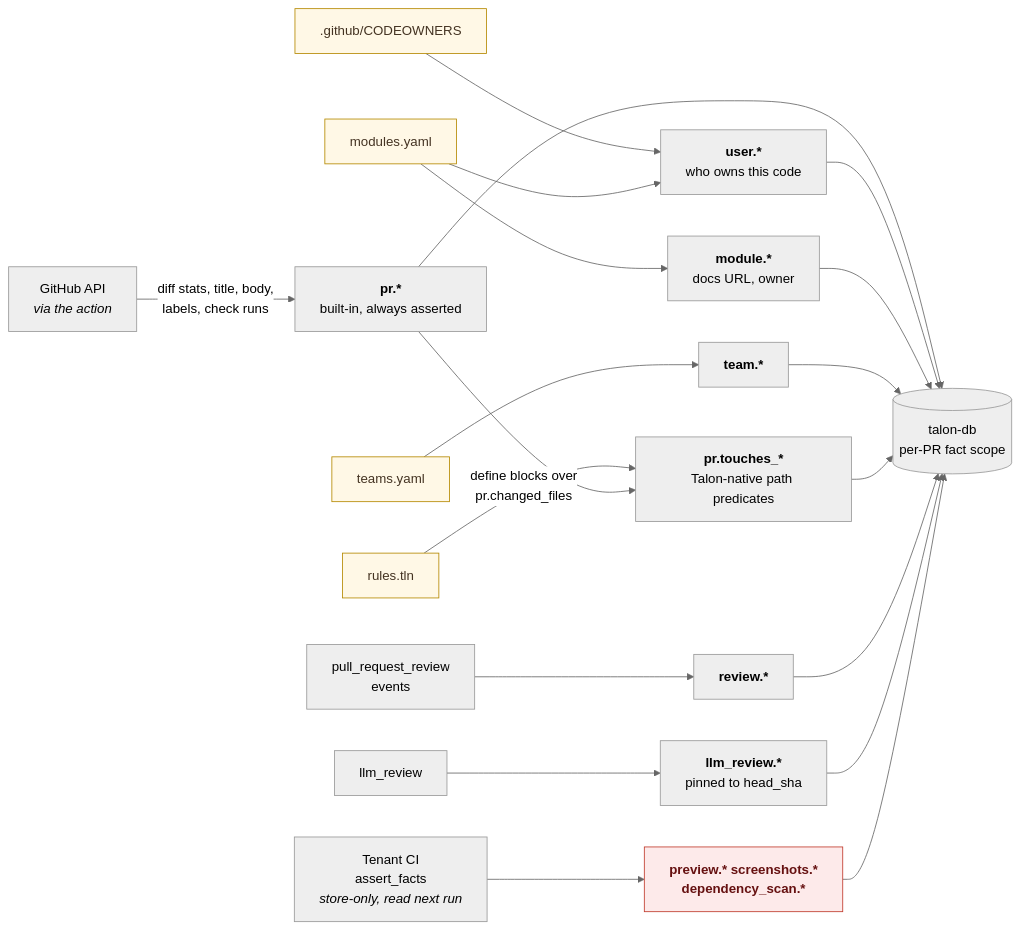
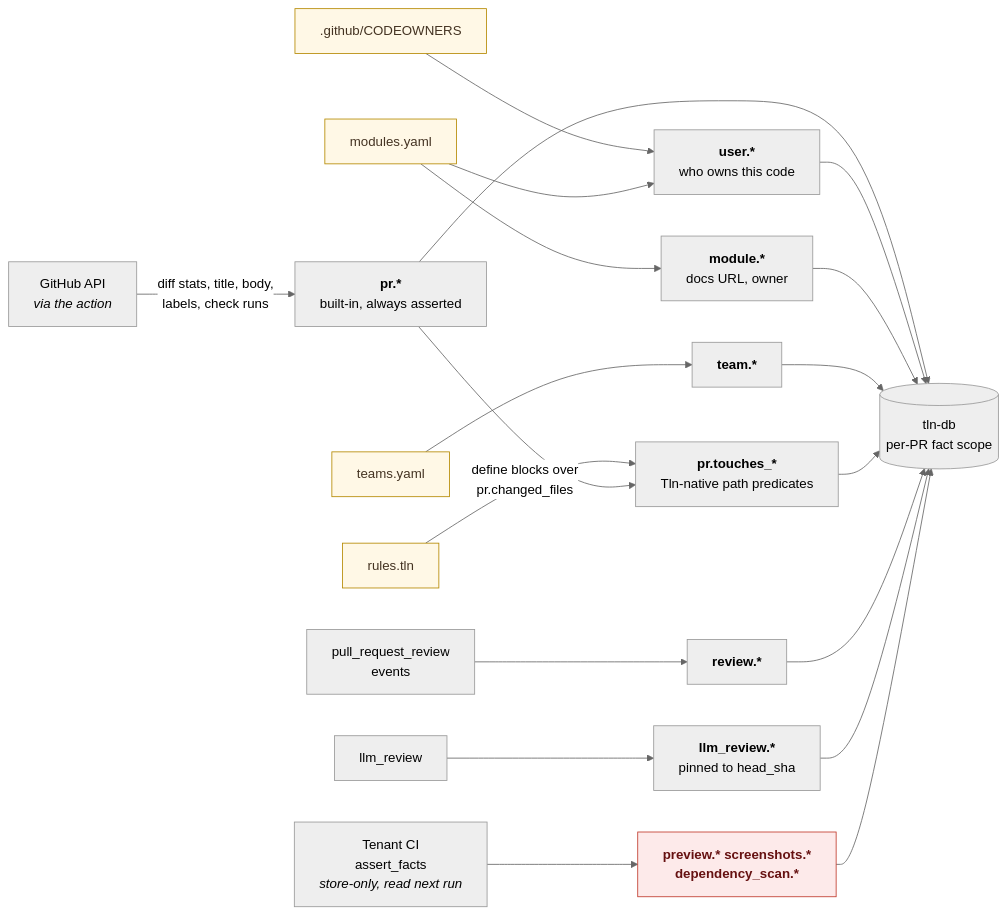
The sixth of 6 diagrams in diagrams.md (opentalon/talooner-plugin), drawn with Mermaid (neutral theme) before and after one commit. The commit also changed other lines of this file and 29 other files, not shown here.

First line of the commit message:
chore: migrate talon-language deps to tln (#48)

````diff
--- a/diagrams.md
+++ b/diagrams.md
@@ -262,27 +262,27 @@
 ```mermaid
 flowchart LR
     GHAPI["GitHub API<br/><i>via the action</i>"] -->|"diff stats, title, body,<br/>labels, check runs"| PRF["<b>pr.*</b><br/>built-in, always asserted"]
     CO[".github/CODEOWNERS"] --> USR["<b>user.*</b><br/>who owns this code"]
     MOD["modules.yaml"] --> USR
     MOD --> MODF["<b>module.*</b><br/>docs URL, owner"]
     TEAMS["teams.yaml"] --> TF["<b>team.*</b>"]
-    RULES["rules.tln"] -->|"define blocks over<br/>pr.changed_files"| TOUCH["<b>pr.touches_*</b><br/>Talon-native path predicates"]
+    RULES["rules.tln"] -->|"define blocks over<br/>pr.changed_files"| TOUCH["<b>pr.touches_*</b><br/>Tln-native path predicates"]
     PRF --> TOUCH
     REV["pull_request_review<br/>events"] --> REVF["<b>review.*</b>"]
     ENGINE["llm_review"] --> LLMF["<b>llm_review.*</b><br/>pinned to head_sha"]
     YOURCI["Tenant CI<br/>assert_facts<br/><i>store-only, read next run</i>"] --> CUSTOM["<b>preview.* screenshots.*<br/>dependency_scan.*</b>"]
 
-    PRF --> STORE[("talon-db<br/>per-PR fact scope")]
+    PRF --> STORE[("tln-db<br/>per-PR fact scope")]
     USR --> STORE
     MODF --> STORE
     TF --> STORE
     TOUCH --> STORE
     REVF --> STORE
     LLMF --> STORE
     CUSTOM --> STORE
 
     classDef repo fill:#fff8e6,stroke:#b58900,color:#432
     classDef danger fill:#fdeaea,stroke:#c0392b,color:#611
     class CO,MOD,TEAMS,RULES repo
     class CUSTOM danger
 ```
````
